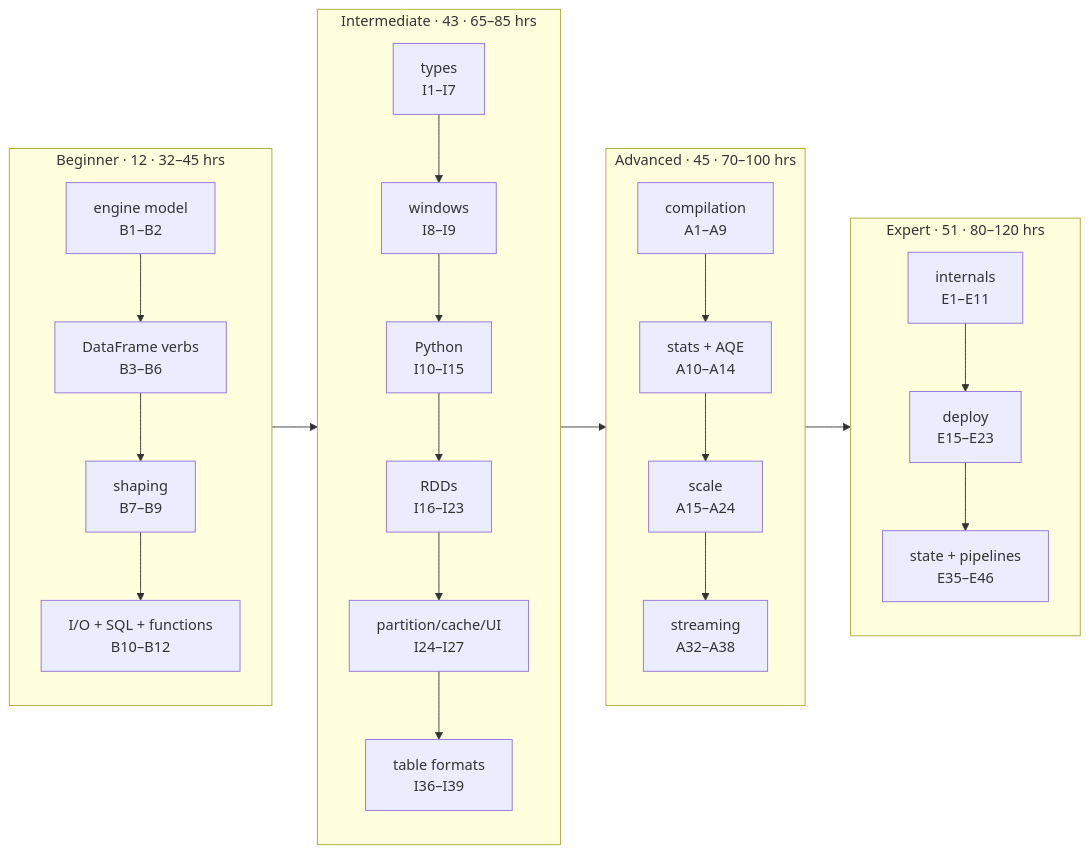
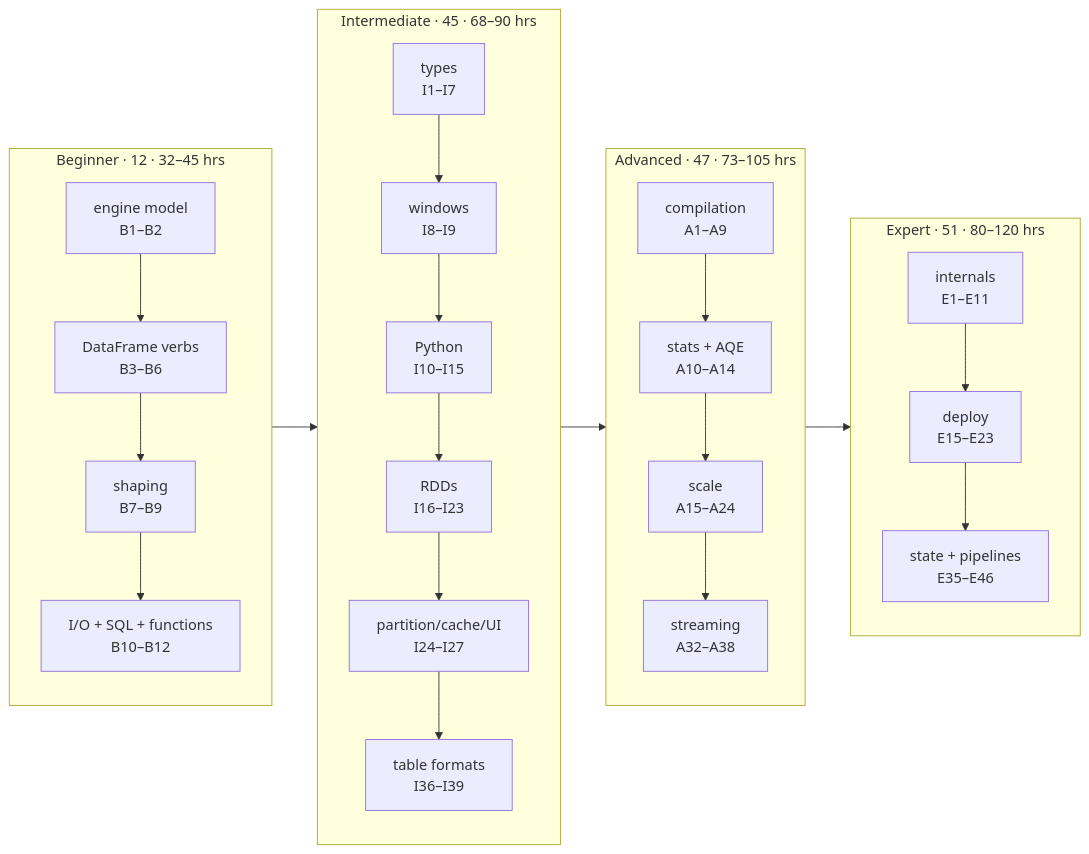
The second of 2 diagrams in docs/learning-path-v2.md (arindamchoudhury/spark-gyan), drawn with Mermaid before and after one commit. The commit also changed other lines of this file, not shown here.

````diff
--- a/docs/learning-path-v2.md
+++ b/docs/learning-path-v2.md
@@ -2234,16 +2303,16 @@
 ```mermaid
 flowchart LR
     subgraph BEG["Beginner · 12 · 32–45 hrs"]
       B1["engine model<br/>B1–B2"] --> B2["DataFrame verbs<br/>B3–B6"] --> B3["shaping<br/>B7–B9"] --> B4["I/O + SQL + functions<br/>B10–B12"]
     end
-    subgraph INT["Intermediate · 43 · 65–85 hrs"]
+    subgraph INT["Intermediate · 45 · 68–90 hrs"]
       I1["types<br/>I1–I7"] --> I2["windows<br/>I8–I9"] --> I3["Python<br/>I10–I15"] --> I4["RDDs<br/>I16–I23"] --> I5["partition/cache/UI<br/>I24–I27"] --> I6["table formats<br/>I36–I39"]
     end
-    subgraph ADV["Advanced · 45 · 70–100 hrs"]
+    subgraph ADV["Advanced · 47 · 73–105 hrs"]
       A1["compilation<br/>A1–A9"] --> A2["stats + AQE<br/>A10–A14"] --> A3["scale<br/>A15–A24"] --> A4["streaming<br/>A32–A38"]
     end
     subgraph EXP["Expert · 51 · 80–120 hrs"]
       E1["internals<br/>E1–E11"] --> E2["deploy<br/>E15–E23"] --> E3["state + pipelines<br/>E35–E46"]
     end
     BEG --> INT --> ADV --> EXP
 ```
````
